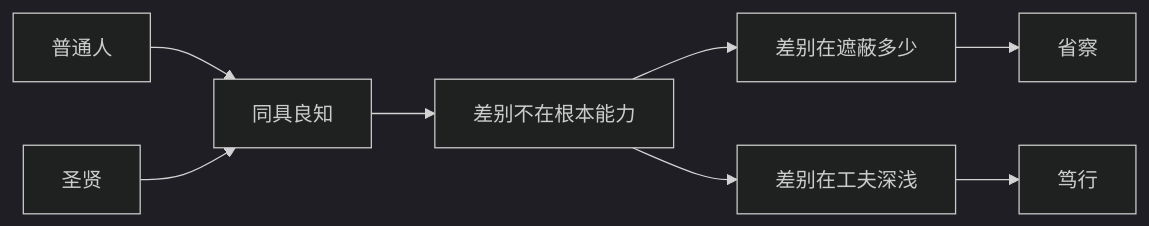
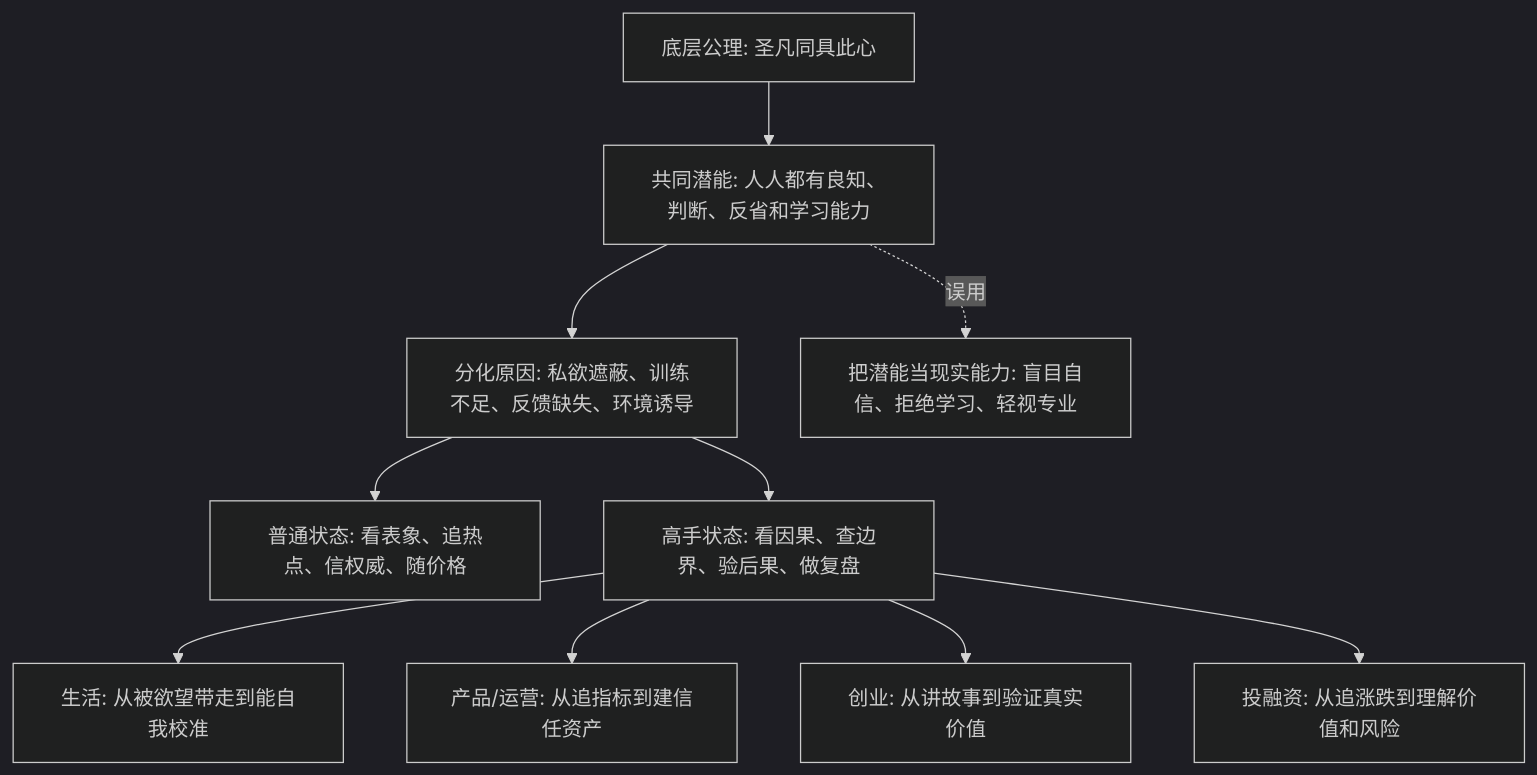
Before and after one commit to digoal/blog: the diagram in 202605/20260518_77.md, drawn with Mermaid (dark theme). The commit also changed other lines of this file and 51 other files, not shown here.

````diff
--- a/202605/20260518_77.md
+++ b/202605/20260518_77.md
@@ -22,10 +22,12 @@
 ```mermaid
-flowchart LR
-  A["普通人"] --> C["同具良知"]
-  B["圣贤"] --> C
-  C --> D["差别不在根本能力"]
-  D --> E["差别在遮蔽多少"]
-  D --> F["差别在工夫深浅"]
-  E --> G["省察"]
-  F --> H["笃行"]
+flowchart TD
+  A["底层公理: 圣凡同具此心"] --> B["共同潜能: 人人都有良知、判断、反省和学习能力"]
+  B --> C["分化原因: 私欲遮蔽、训练不足、反馈缺失、环境诱导"]
+  C --> D["普通状态: 看表象、追热点、信权威、随价格"]
+  C --> E["高手状态: 看因果、查边界、验后果、做复盘"]
+  E --> F["生活: 从被欲望带走到能自我校准"]
+  E --> G["产品/运营: 从追指标到建信任资产"]
+  E --> H["创业: 从讲故事到验证真实价值"]
+  E --> I["投融资: 从追涨跌到理解价值和风险"]
+  B -. "误用" .-> J["把潜能当现实能力: 盲目自信、拒绝学习、轻视专业"]
 ```
````
